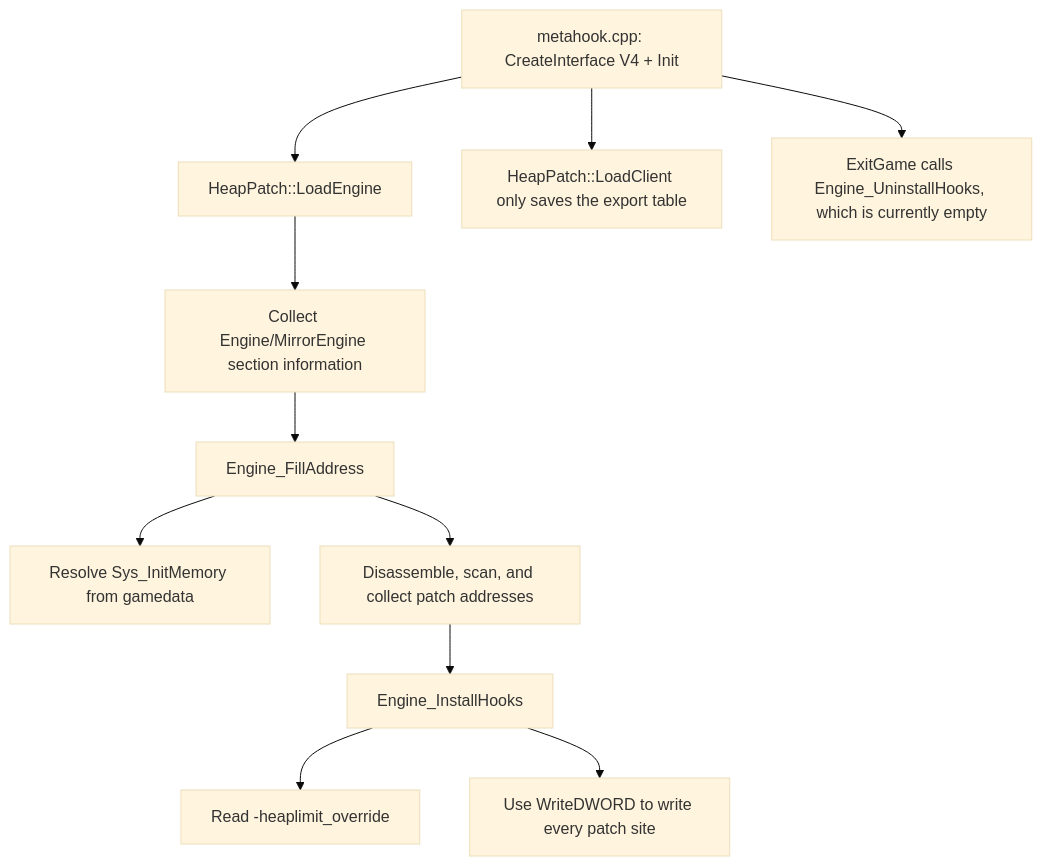
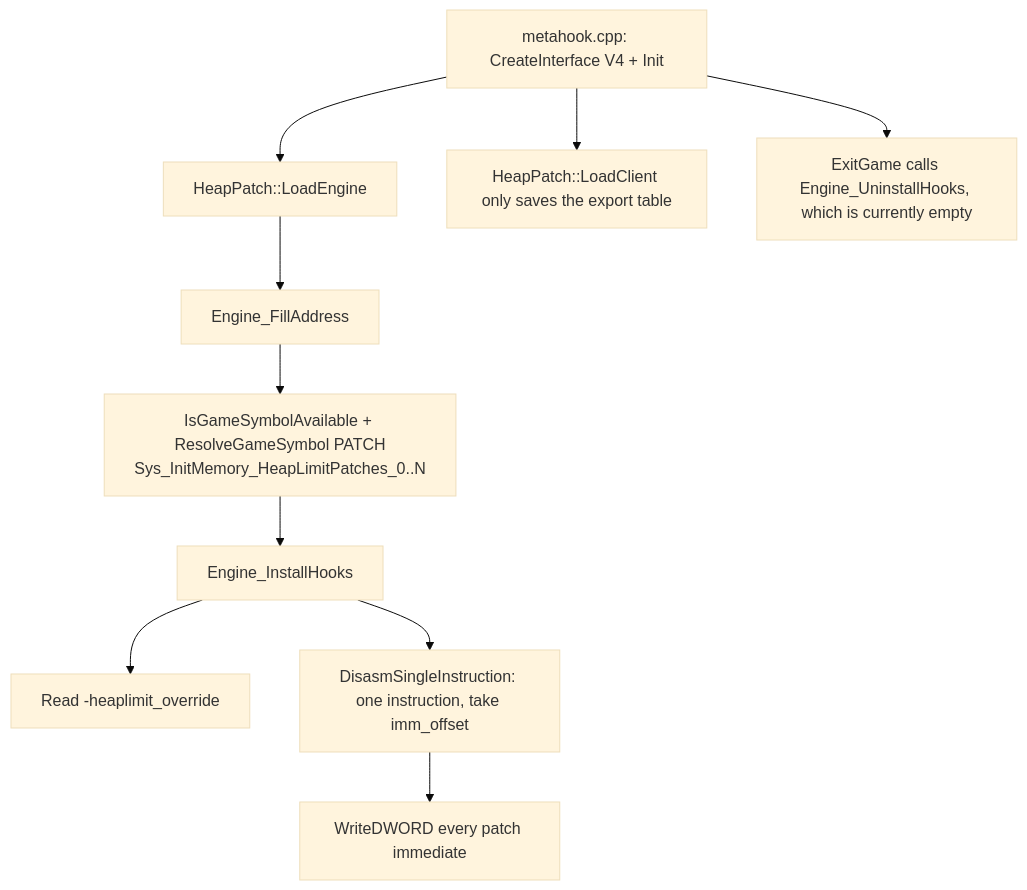
Before and after one commit to hzqst/MetaHookSv: the diagram in memory/HeapPatch.md, drawn with Mermaid (base theme). The commit also changed other lines of this file and 8 other files, not shown here.

First line of the commit message:
chore(gamedata): gate required symbol kinds and numbered patch sets

````diff
--- a/memory/HeapPatch.md
+++ b/memory/HeapPatch.md
@@ -36,13 +35,12 @@
 ```mermaid
 flowchart TD
     A[metahook.cpp: CreateInterface V4 + Init] --> B[HeapPatch::LoadEngine]
-    B --> C[Collect Engine/MirrorEngine section information]
-    C --> D[Engine_FillAddress]
-    D --> D1[Resolve Sys_InitMemory from gamedata]
-    D --> D2[Disassemble, scan, and collect patch addresses]
-    D2 --> E[Engine_InstallHooks]
-    E --> E1[Read -heaplimit_override]
-    E --> E2[Use WriteDWORD to write every patch site]
+    B --> C[Engine_FillAddress]
+    C --> C1[IsGameSymbolAvailable + ResolveGameSymbol PATCH<br/>Sys_InitMemory_HeapLimitPatches_0..N]
+    C1 --> D[Engine_InstallHooks]
+    D --> D1[Read -heaplimit_override]
+    D --> D2[DisasmSingleInstruction: one instruction, take imm_offset]
+    D2 --> D3[WriteDWORD every patch immediate]
     A --> F[HeapPatch::LoadClient only saves the export table]
     A --> G[ExitGame calls Engine_UninstallHooks, which is currently empty]
 ```
````
